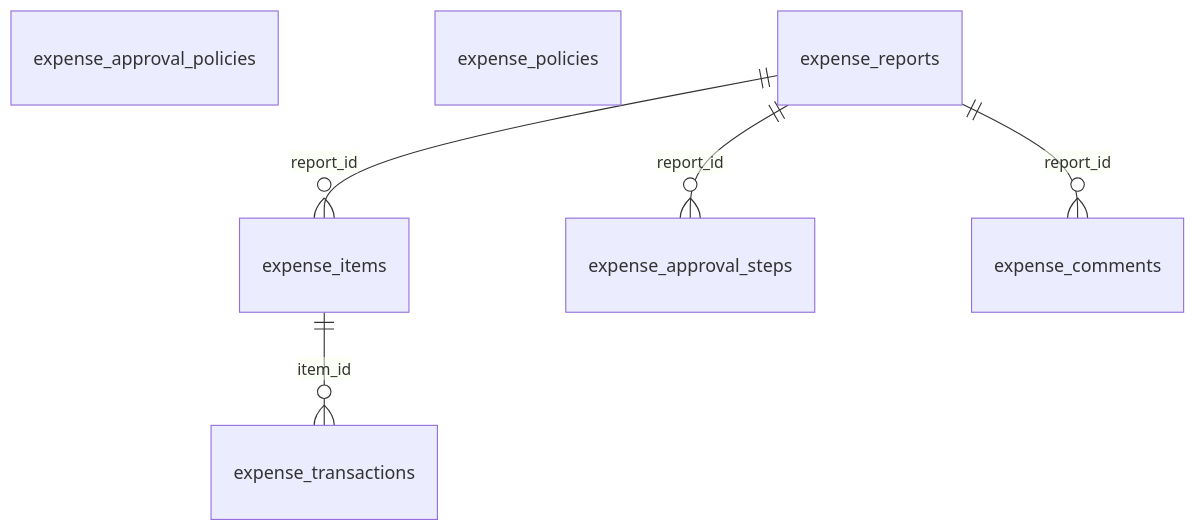
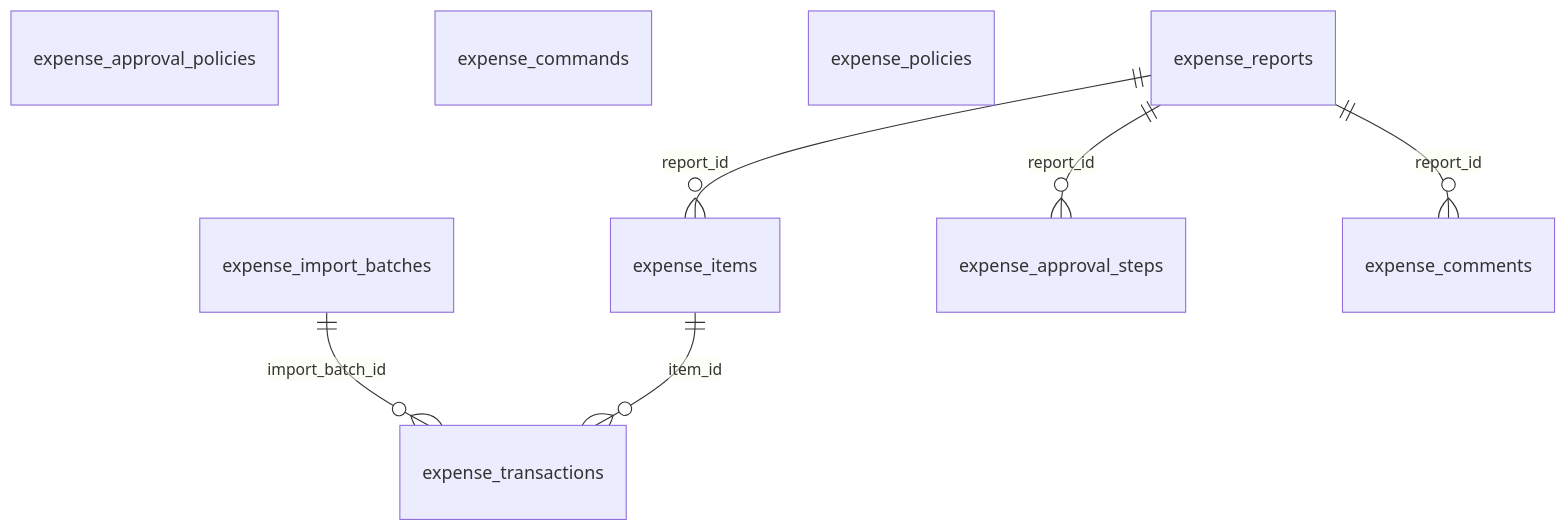
Before and after one commit to kristapsgoncoronoks-ship-it/Bid_it: the fifth of 10 diagrams in docs/architecture/data-model-erd.md, drawn with Mermaid. The commit also changed other lines of this file and 13 other files, not shown here.

````diff
--- a/docs/architecture/data-model-erd.md
+++ b/docs/architecture/data-model-erd.md
@@ -155,11 +155,14 @@
 ```mermaid
 erDiagram
   expense_approval_policies {
   }
+  expense_commands {
+  }
   expense_policies {
   }
+  expense_import_batches ||--o{ expense_transactions : "import_batch_id"
   expense_items ||--o{ expense_transactions : "item_id"
   expense_reports ||--o{ expense_approval_steps : "report_id"
   expense_reports ||--o{ expense_comments : "report_id"
   expense_reports ||--o{ expense_items : "report_id"
 ```
````
